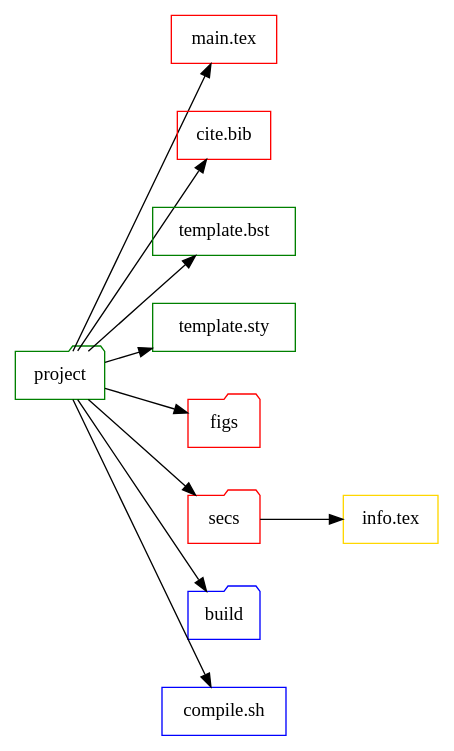
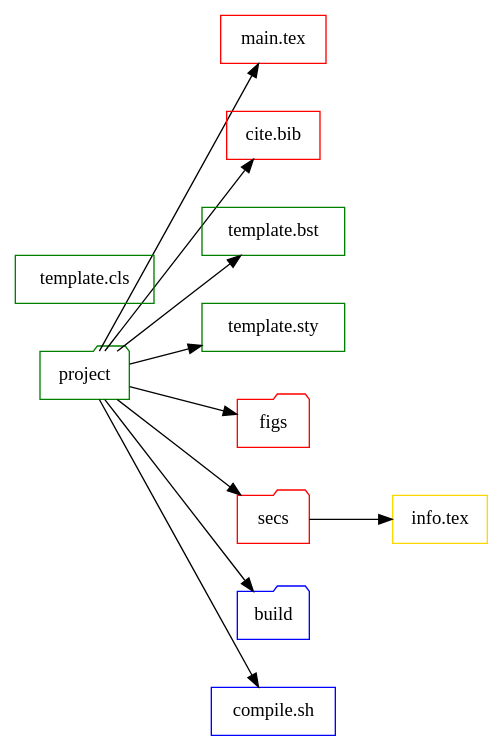
Before and after one commit to bwtian/texTemplate: the diagram in texTemplate.org, drawn with Graphviz. The commit also changed 1 other file, not shown here.

Commit message:
/ ‘texTemplate.org’ / ‘texTemplate.svg’

```diff
--- a/texTemplate.org
+++ b/texTemplate.org
@@ -4,27 +4,28 @@
 #+BEGIN_SRC dot :file ./texTemplate.svg
   digraph {
   rankdir = LR
   fontname="Times";
   fontsize = 12;
   splines = false;
   ranksep = 0.5;
   nodesep = 0.5;
   node [shape = box]
   //1. set node
   proj [label = "project", color = green, shape="folder"]
   info [label = "info.tex", color = gold]
   main [label = "main.tex", color = red]
   bib [label = "cite.bib", color = red]
   bst [label = "template.bst", color = green]
+  cls [label = "template.cls", color = green]
   sty [label = "template.sty", color = green]
   fig [label = "figs", color=red, shape="folder"]
   sec [label = "secs", color=red, shape="folder"]
   build [label  = "build", color = blue, shape="folder"]
   gen [label = "compile.sh", color = blue]
   //2. set path
   proj -> {fig sec main bib sty bst build gen}
   sec -> {info}
   //3. set rank
 
   }
 #+END_SRC
```
